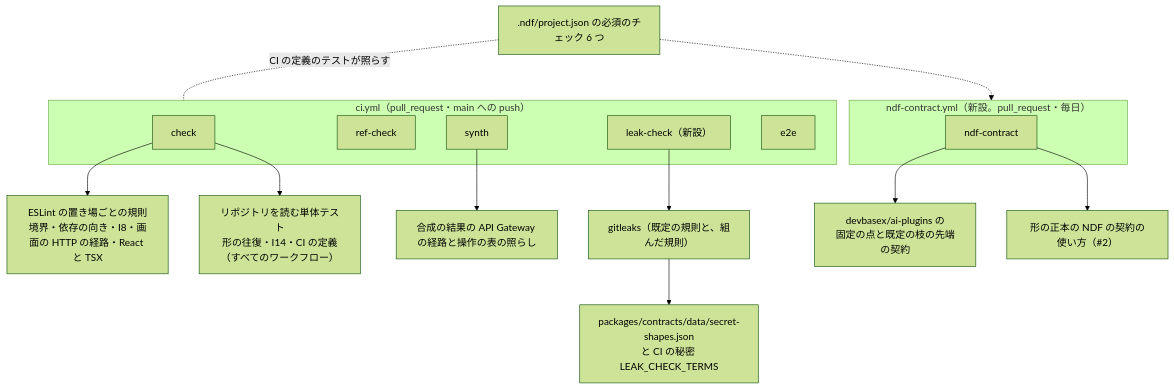
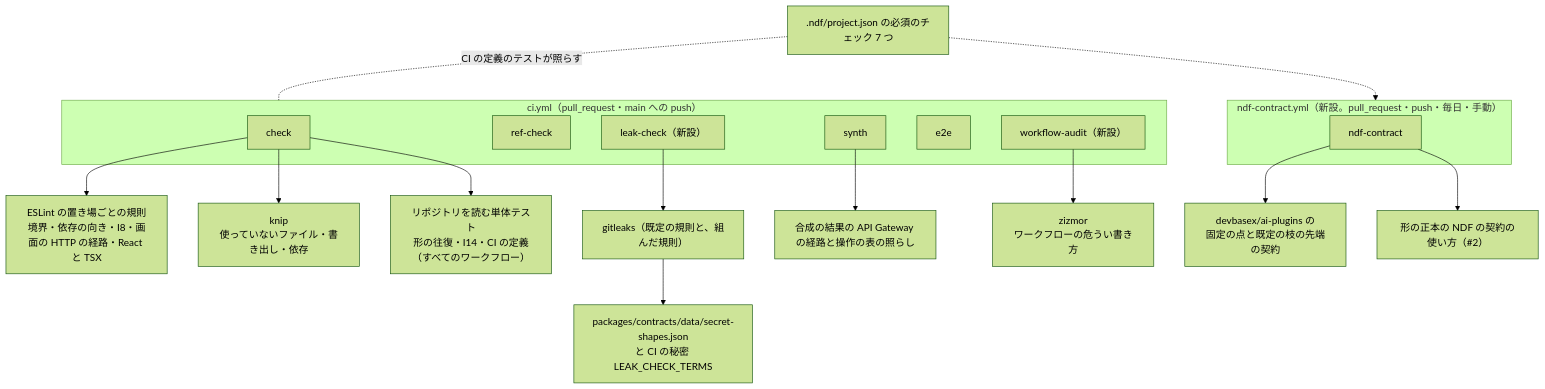
The second of 2 diagrams in issues/issue-1-design.md (devbasex/nd-factory), drawn with Mermaid (forest theme) before and after one commit. The commit also changed other lines of this file and 4 other files, not shown here.

First line of the commit message:
Docs: #1 の設計で F23 の固定の点をすべての Pull Request で照らし、knip と zizmor を検査に足し、全体の設計の検査の表と F23 の「いつ」を同じ形に直す（#1）

````diff
--- a/issues/issue-1-design.md
+++ b/issues/issue-1-design.md
@@ -46,22 +46,25 @@
 ```mermaid
 flowchart TB
     subgraph ci["ci.yml（pull_request・main への push）"]
         check["check"]
         ref["ref-check"]
         leak["leak-check（新設）"]
         synth["synth"]
         e2e["e2e"]
+        wa["workflow-audit（新設）"]
     end
-    subgraph nc["ndf-contract.yml（新設。pull_request・毎日）"]
+    subgraph nc["ndf-contract.yml（新設。pull_request・push・毎日・手動）"]
         ndfc["ndf-contract"]
     end
     check --> lint["ESLint の置き場ごとの規則<br/>境界・依存の向き・I8・画面の HTTP の経路・React と TSX"]
+    check --> knip["knip<br/>使っていないファイル・書き出し・依存"]
+    wa --> zz["zizmor<br/>ワークフローの危うい書き方"]
     check --> unit["リポジトリを読む単体テスト<br/>形の往復・I14・CI の定義（すべてのワークフロー）"]
     synth --> routes["合成の結果の API Gateway の経路と操作の表の照らし"]
     leak --> gl["gitleaks（既定の規則と、組んだ規則）"]
     gl --> shapes["packages/contracts/data/secret-shapes.json<br/>と CI の秘密 LEAK_CHECK_TERMS"]
     ndfc --> up["devbasex/ai-plugins の<br/>固定の点と既定の枝の先端の契約"]
     ndfc --> use["形の正本の NDF の契約の使い方（#2）"]
-    decl[".ndf/project.json の必須のチェック 6 つ"] -.CI の定義のテストが照らす.- ci
+    decl[".ndf/project.json の必須のチェック 7 つ"] -.CI の定義のテストが照らす.- ci
     decl -.-> nc
 ```
````
